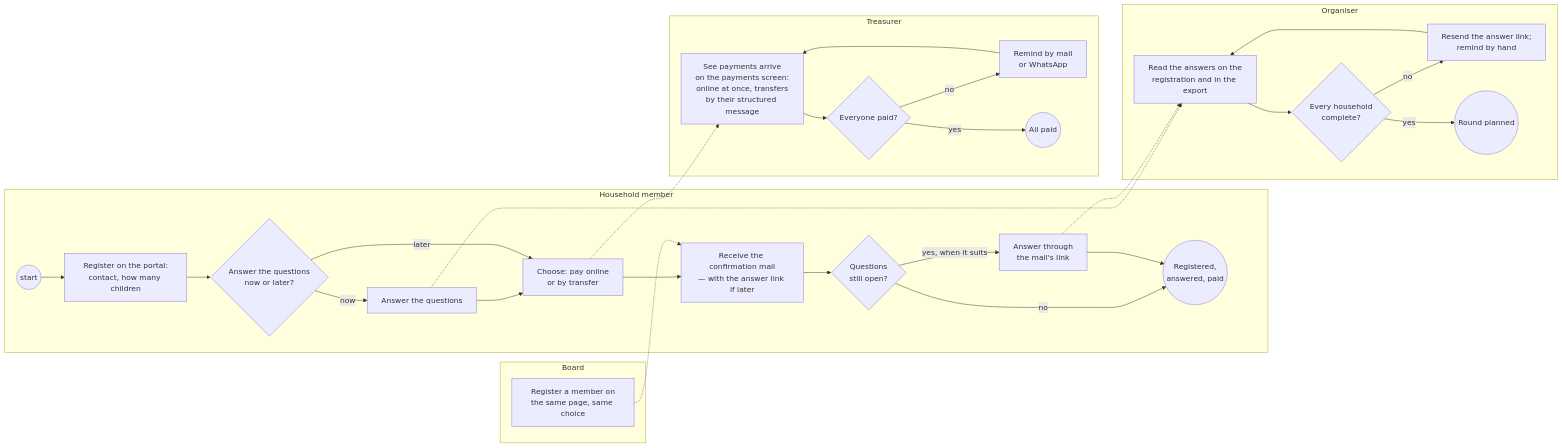
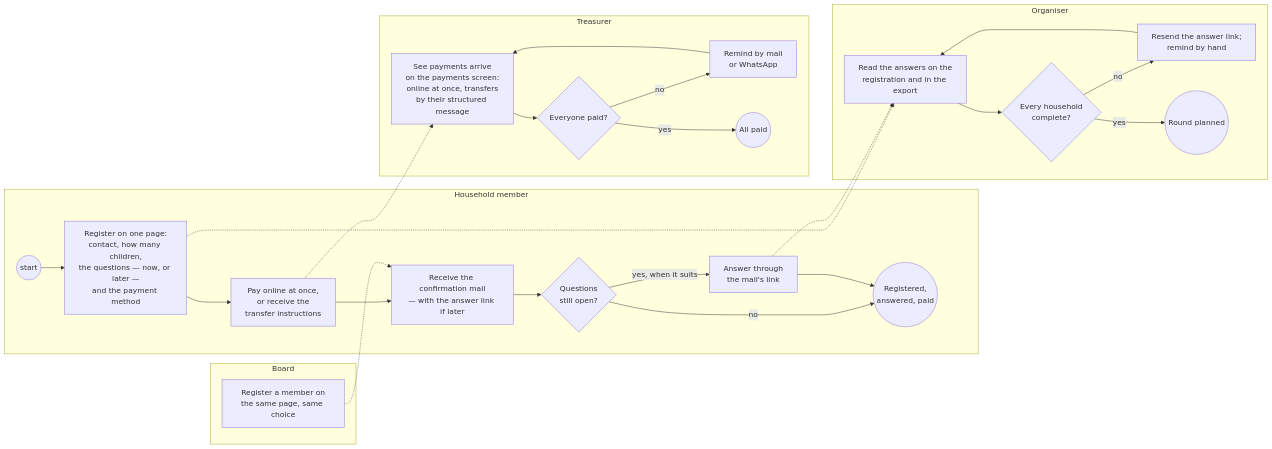
The second of 6 diagrams in docs/change_request_14_registration_questions.md (KoenRenders/KoenTest), drawn with Mermaid before and after one commit. The commit also changed other lines of this file, not shown here.

First line of the commit message:
docs(cr-14): the payment follows the registration itself, whether the questions are answered now or later — the member lane redrawn in A3 and B2.1

````diff
--- a/docs/change_request_14_registration_questions.md
+++ b/docs/change_request_14_registration_questions.md
@@ -82,34 +82,31 @@
 ```mermaid
 flowchart LR
   subgraph member["Household member"]
-    m0((start)) --> m1[Register on the portal:<br/>contact, how many children]
-    m1 --> m2{Answer the questions<br/>now or later?}
-    m2 -- now --> m3[Answer the questions]
-    m3 --> m4[Choose: pay online<br/>or by transfer]
-    m2 -- later --> m4
+    m0((start)) --> m1[Register on one page:<br/>contact, how many children,<br/>the questions — now, or later —<br/>and the payment method]
+    m1 --> m4[Pay online at once,<br/>or receive the<br/>transfer instructions]
     m4 --> m5[Receive the confirmation mail<br/>— with the answer link if later]
     m5 --> m6{Questions<br/>still open?}
     m6 -- yes, when it suits --> m7[Answer through<br/>the mail's link]
     m6 -- no --> m8
     m7 --> m8((Registered,<br/>answered, paid))
   end
   subgraph board["Board"]
     b1[Register a member on<br/>the same page, same choice]
   end
   subgraph treasurer["Treasurer"]
     t1[See payments arrive<br/>on the payments screen:<br/>online at once, transfers<br/>by their structured message] --> t2{Everyone paid?}
     t2 -- no --> t3[Remind by mail<br/>or WhatsApp]
     t3 --> t1
     t2 -- yes --> t4((All paid))
   end
   subgraph organiser["Organiser"]
     o1[Read the answers on the<br/>registration and in the export] --> o2{Every household<br/>complete?}
     o2 -- no --> o3[Resend the answer link;<br/>remind by hand]
     o3 --> o1
     o2 -- yes --> o4((Round planned))
   end
   m4 -.-> t1
   b1 -.-> m5
-  m3 -.-> o1
+  m1 -.-> o1
   m7 -.-> o1
 ```
````
